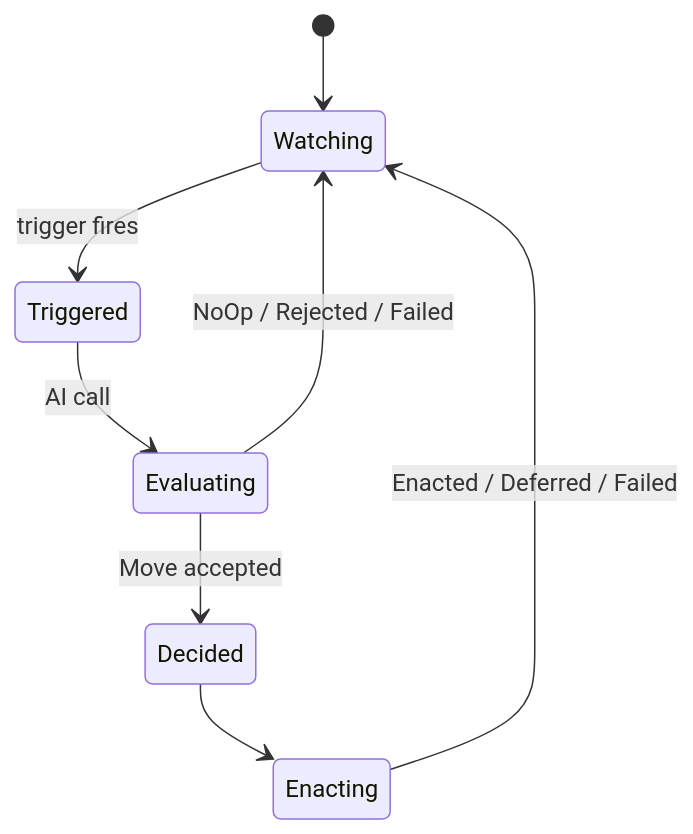
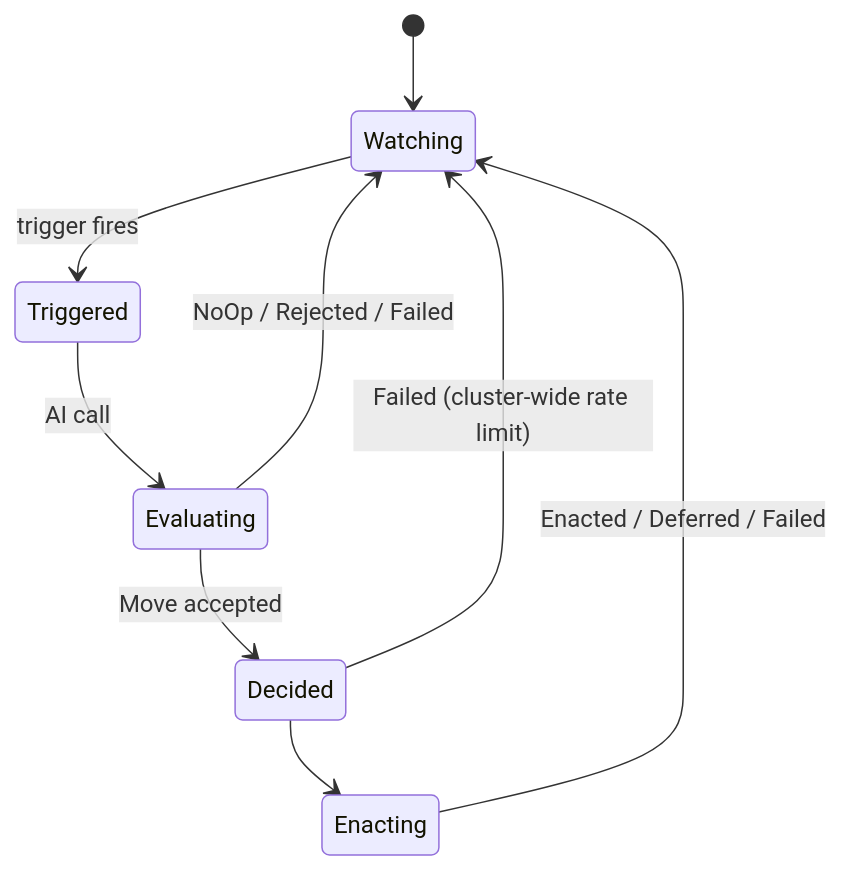
Before and after one commit to HIRO-MicroDataCenters-BV/hiro-adaptive-orchestrator: the second of 18 diagrams in internal/rebalance/README.md, drawn with Mermaid. The commit also changed other lines of this file and 1 other file, not shown here.

Commit message:
Update Readme with cluster wide reate limit

````diff
--- a/internal/rebalance/README.md
+++ b/internal/rebalance/README.md
@@ -66,10 +67,11 @@
 ```mermaid
 stateDiagram-v2
     [*] --> Watching
     Watching --> Triggered: trigger fires
     Triggered --> Evaluating: AI call
     Evaluating --> Watching: NoOp / Rejected / Failed
     Evaluating --> Decided: Move accepted
     Decided --> Enacting
+    Decided --> Watching: Failed (cluster-wide rate limit)
     Enacting --> Watching: Enacted / Deferred / Failed
 ```
````
